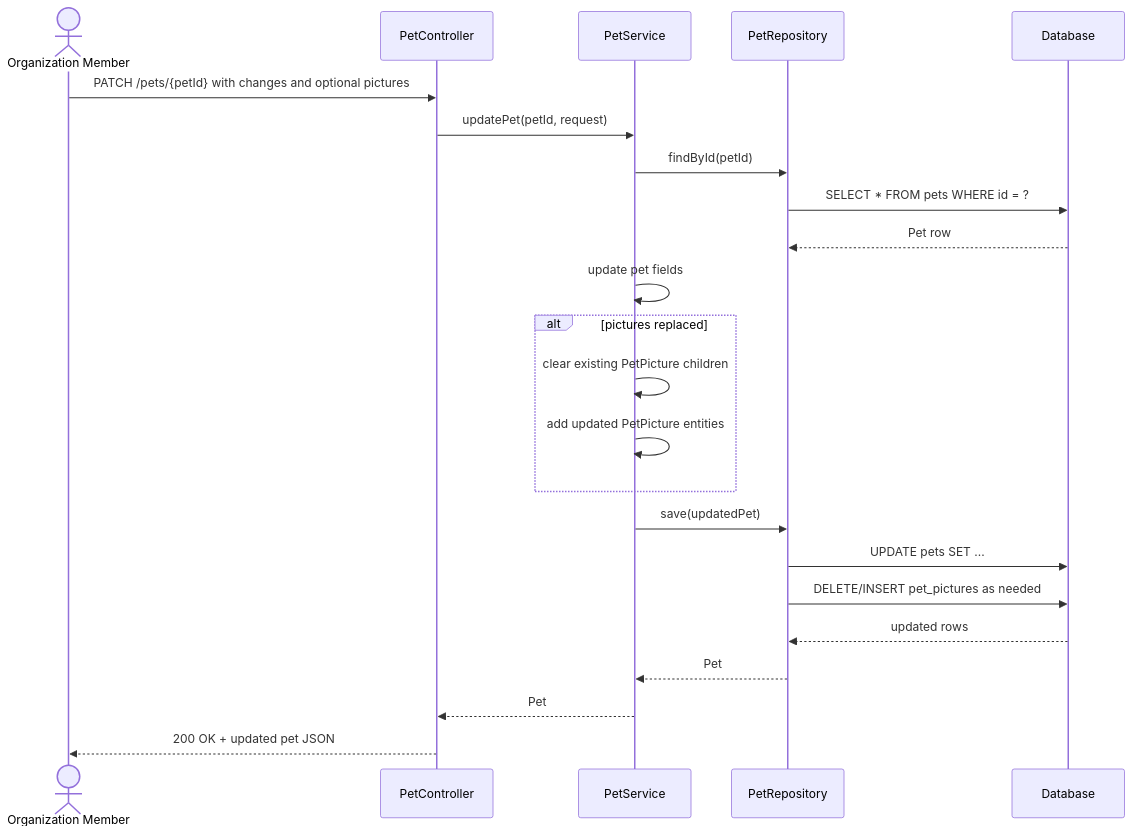
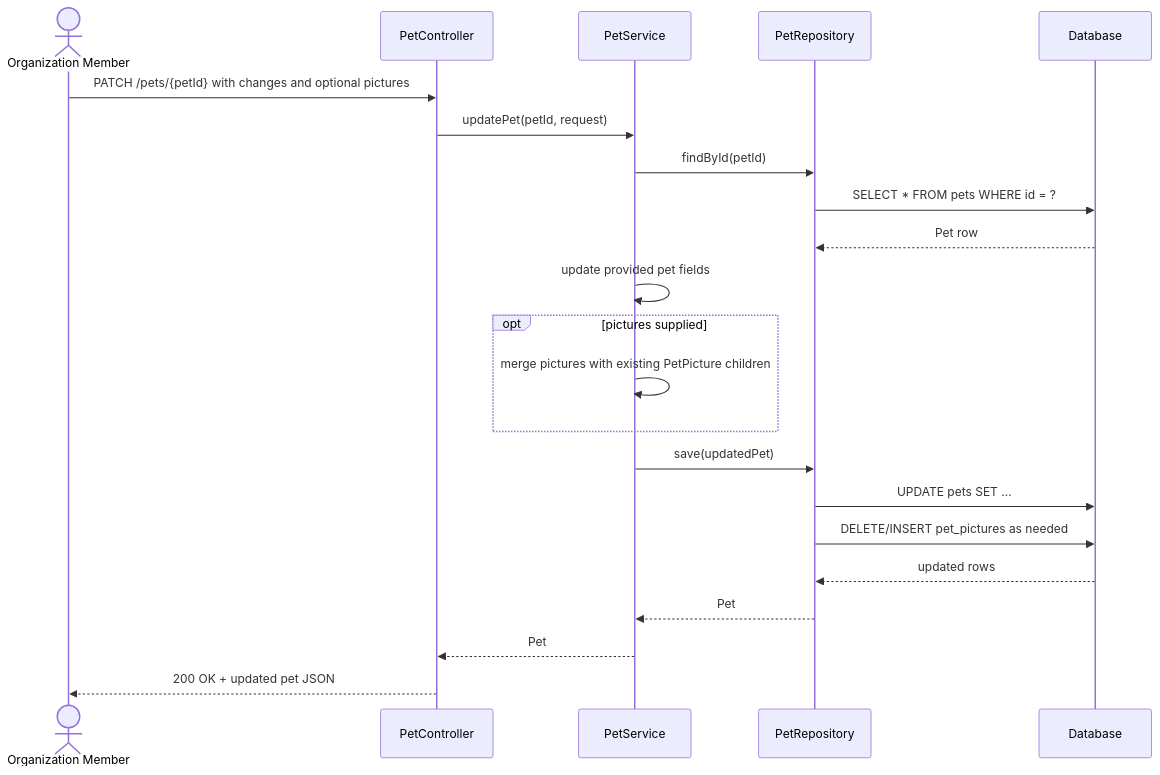
One commit to daniel9917/adopcion-service changed the sixth of 10 diagrams in docs/architecture/sequence-models.md. Above: the diagram before and after it, drawn with Mermaid. The commit also changed other lines of this file and 7 other files, not shown here.

````diff
--- a/docs/architecture/sequence-models.md
+++ b/docs/architecture/sequence-models.md
@@ -135,26 +137,25 @@
 ```mermaid
 sequenceDiagram
     actor OrgMember as Organization Member
     participant Controller as PetController
     participant Service as PetService
     participant Repo as PetRepository
     participant DB as Database
 
     OrgMember->>Controller: PATCH /pets/{petId} with changes and optional pictures
     Controller->>Service: updatePet(petId, request)
     Service->>Repo: findById(petId)
     Repo->>DB: SELECT * FROM pets WHERE id = ?
     DB-->>Repo: Pet row
-    Service->>Service: update pet fields
-    alt pictures replaced
-        Service->>Service: clear existing PetPicture children
-        Service->>Service: add updated PetPicture entities
+    Service->>Service: update provided pet fields
+    opt pictures supplied
+        Service->>Service: merge pictures with existing PetPicture children
     end
     Service->>Repo: save(updatedPet)
     Repo->>DB: UPDATE pets SET ...
     Repo->>DB: DELETE/INSERT pet_pictures as needed
     DB-->>Repo: updated rows
     Repo-->>Service: Pet
     Service-->>Controller: Pet
     Controller-->>OrgMember: 200 OK + updated pet JSON
 ```
````
